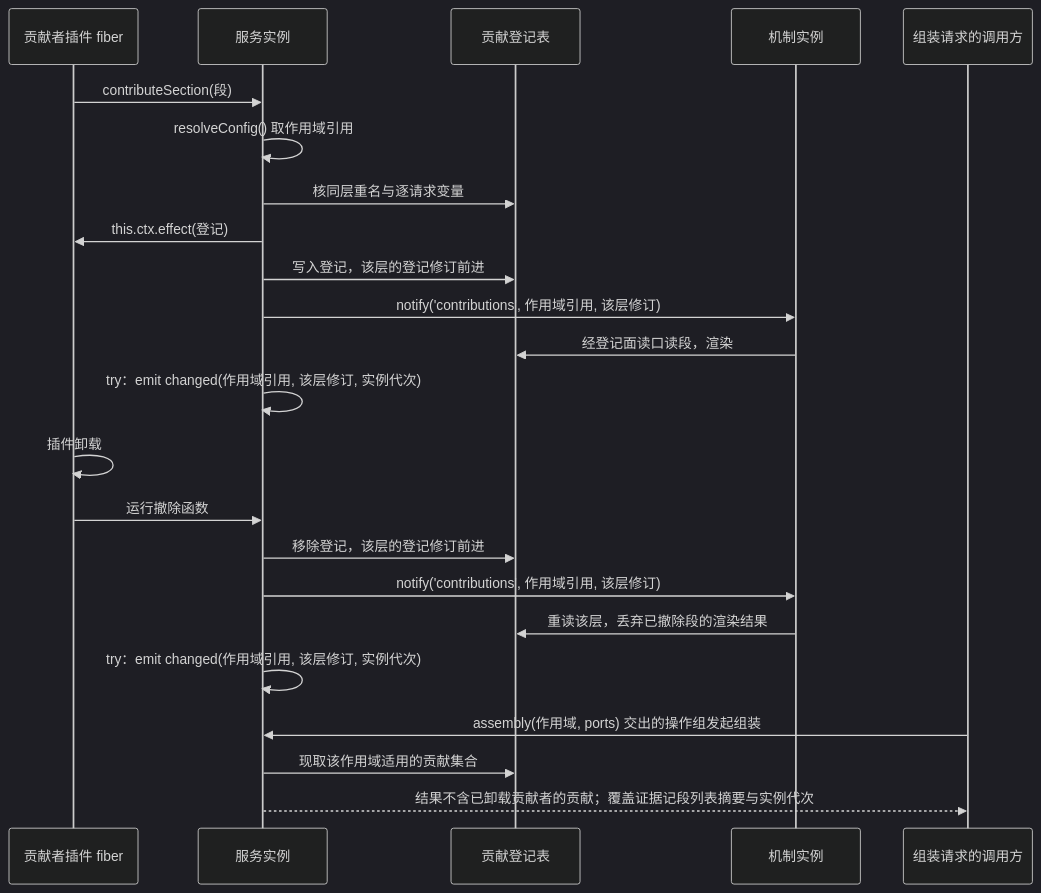
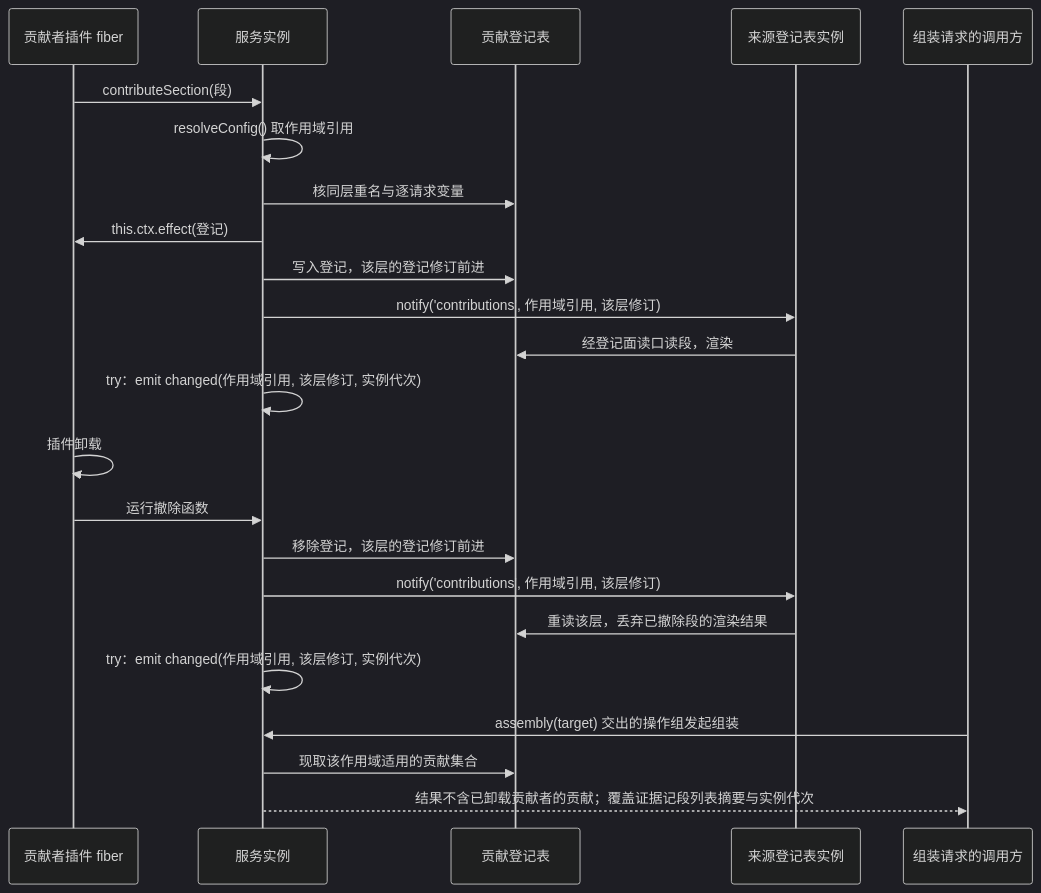
One commit to nemori-ai/omne-harness-lite changed the second of 3 diagrams in packages/context/request-context-cordis/docs/flows.md. Above: the diagram before and after it, drawn with Mermaid (dark theme). The commit also changed other lines of this file and 8 other files, not shown here.

````diff
--- a/packages/context/request-context-cordis/docs/flows.md
+++ b/packages/context/request-context-cordis/docs/flows.md
@@ -52,25 +52,25 @@
 ```mermaid
 sequenceDiagram
   participant CF as 贡献者插件 fiber
   participant S as 服务实例
   participant T as 贡献登记表
-  participant M as 机制实例
+  participant M as 来源登记表实例
   participant C as 组装请求的调用方
   CF->>S: contributeSection(段)
   S->>S: resolveConfig() 取作用域引用
   S->>T: 核同层重名与逐请求变量
   S->>CF: this.ctx.effect(登记)
   S->>T: 写入登记，该层的登记修订前进
   S->>M: notify('contributions', 作用域引用, 该层修订)
   M->>T: 经登记面读口读段，渲染
   S->>S: try：emit changed(作用域引用, 该层修订, 实例代次)
   CF->>CF: 插件卸载
   CF->>S: 运行撤除函数
   S->>T: 移除登记，该层的登记修订前进
   S->>M: notify('contributions', 作用域引用, 该层修订)
   M->>T: 重读该层，丢弃已撤除段的渲染结果
   S->>S: try：emit changed(作用域引用, 该层修订, 实例代次)
-  C->>S: assembly(作用域, ports) 交出的操作组发起组装
+  C->>S: assembly(target) 交出的操作组发起组装
   S->>T: 现取该作用域适用的贡献集合
   S-->>C: 结果不含已卸载贡献者的贡献；覆盖证据记段列表摘要与实例代次
 ```
````
